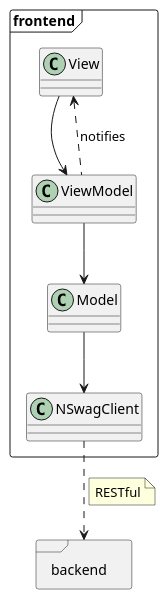
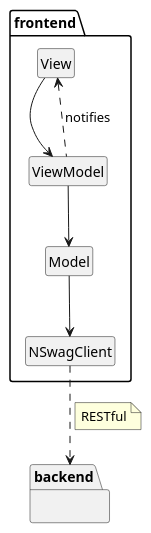
The diagram in Docs/Architecture/FrontEndArch.puml (BastianVIA/BPR), drawn with PlantUML before and after one commit.

Commit message:
Hiding class icon and members

```diff
--- a/Docs/Architecture/FrontEndArch.puml
+++ b/Docs/Architecture/FrontEndArch.puml
@@ -1,17 +1,18 @@
 @startuml
-frame frontend {
+package frontend {
     View --> ViewModel
     View <.. ViewModel : notifies
     ViewModel --> Model
     Model --> NSwagClient
 }
 
-frame backend {
+package backend {
 }
 
 NSwagClient ..> backend
 note right on link
     RESTful
 end note
-
+hide members
+hide circle
 @enduml
```
